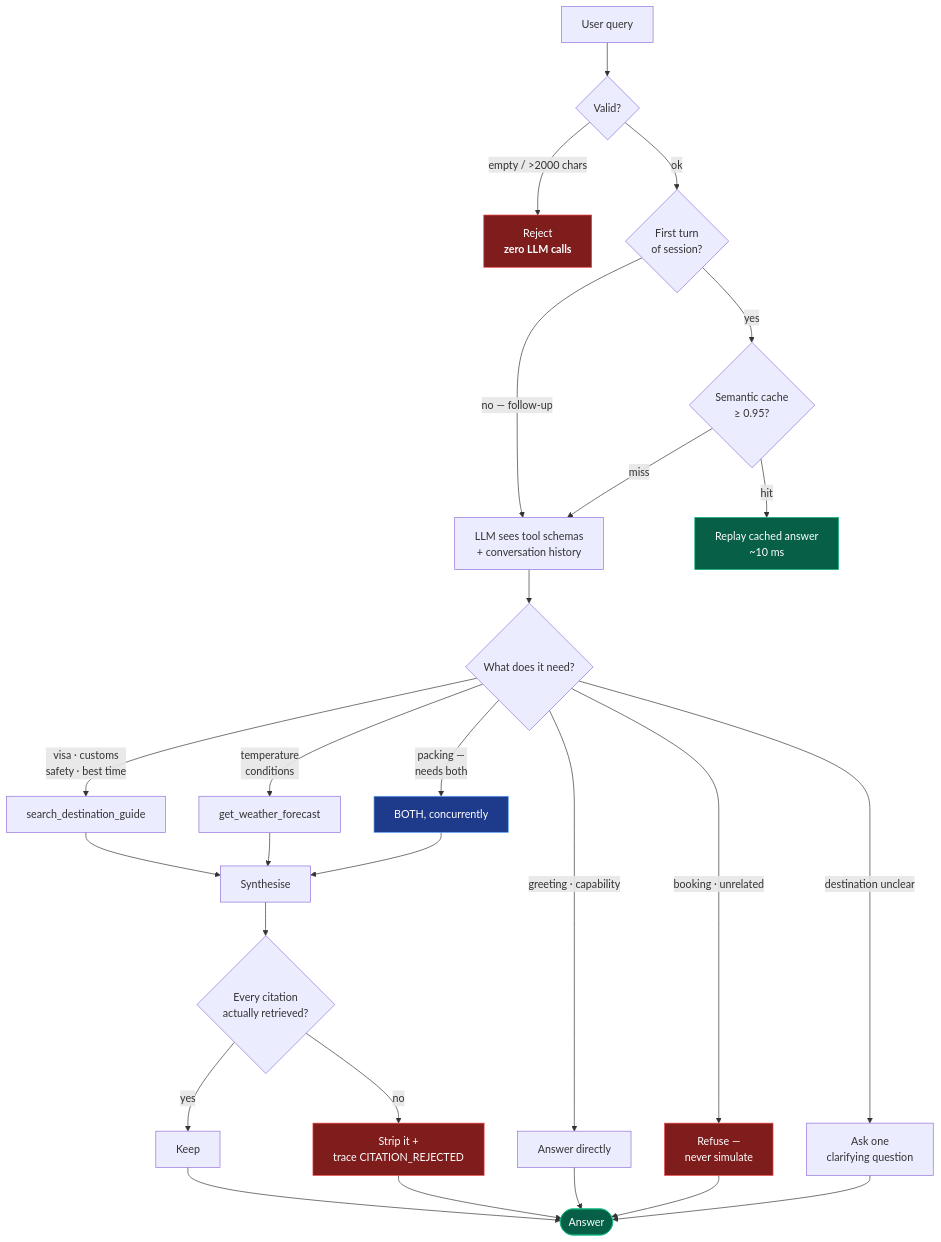
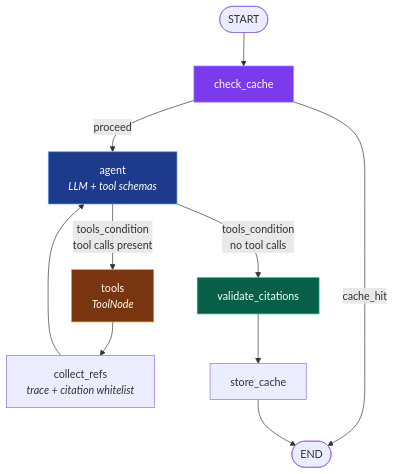
The fifth of 9 diagrams in README.md (AnkitUzumaki/tripmate), drawn with Mermaid before and after one commit. The commit also changed other lines of this file and 2 other files, not shown here.

First line of the commit message:
docs: readme reflects the LangGraph architecture

````diff
--- a/README.md
+++ b/README.md
@@ -272,34 +279,17 @@
 ```mermaid
 flowchart TD
-    Q["User query"] --> V{"Valid?"}
-    V -->|"empty / >2000 chars"| REJ["Reject<br/><b>zero LLM calls</b>"]
-    V -->|ok| F{"First turn<br/>of session?"}
+    START([START]) --> CC["check_cache"]
+    CC -->|"cache_hit"| E([END])
+    CC -->|"proceed"| AG["agent<br/><i>LLM + tool schemas</i>"]
+    AG -->|"tools_condition<br/>tool calls present"| TN["tools<br/><i>ToolNode</i>"]
+    TN --> CR["collect_refs<br/><i>trace + citation whitelist</i>"]
+    CR --> AG
+    AG -->|"tools_condition<br/>no tool calls"| VC["validate_citations"]
+    VC --> SC["store_cache"]
+    SC --> E
 
-    F -->|yes| CH{"Semantic cache<br/>≥ 0.95?"}
-    F -->|"no — follow-up"| LLM
-    CH -->|hit| REPLAY["Replay cached answer<br/>~10 ms"]
-    CH -->|miss| LLM
-
-    LLM["LLM sees tool schemas<br/>+ conversation history"] --> DEC{"What does it need?"}
-
-    DEC -->|"visa · customs<br/>safety · best time"| G["search_destination_guide"]
-    DEC -->|"temperature<br/>conditions"| W["get_weather_forecast"]
-    DEC -->|"packing —<br/>needs both"| B["BOTH, concurrently"]
-    DEC -->|"greeting · capability"| NONE["Answer directly"]
-    DEC -->|"booking · unrelated"| REF["Refuse —<br/>never simulate"]
-    DEC -->|"destination unclear"| ASK["Ask one<br/>clarifying question"]
-
-    G & W & B --> SYN["Synthesise"]
-    SYN --> CITE{"Every citation<br/>actually retrieved?"}
-    CITE -->|yes| KEEP["Keep"]
-    CITE -->|no| STRIP["Strip it +<br/>trace CITATION_REJECTED"]
-    KEEP & STRIP --> OUT(["Answer"])
-    NONE & REF & ASK --> OUT
-
-    style REJ fill:#7f1d1d,stroke:#ef4444,color:#fff
-    style REF fill:#7f1d1d,stroke:#ef4444,color:#fff
-    style STRIP fill:#7f1d1d,stroke:#ef4444,color:#fff
-    style B fill:#1e3a8a,stroke:#60a5fa,color:#fff
-    style REPLAY fill:#065f46,stroke:#10b981,color:#fff
-    style OUT fill:#065f46,stroke:#10b981,color:#fff
+    style CC fill:#7c3aed,stroke:#a78bfa,color:#fff
+    style AG fill:#1e3a8a,stroke:#60a5fa,color:#fff
+    style TN fill:#78350f,stroke:#f59e0b,color:#fff
+    style VC fill:#065f46,stroke:#10b981,color:#fff
 ```
````
